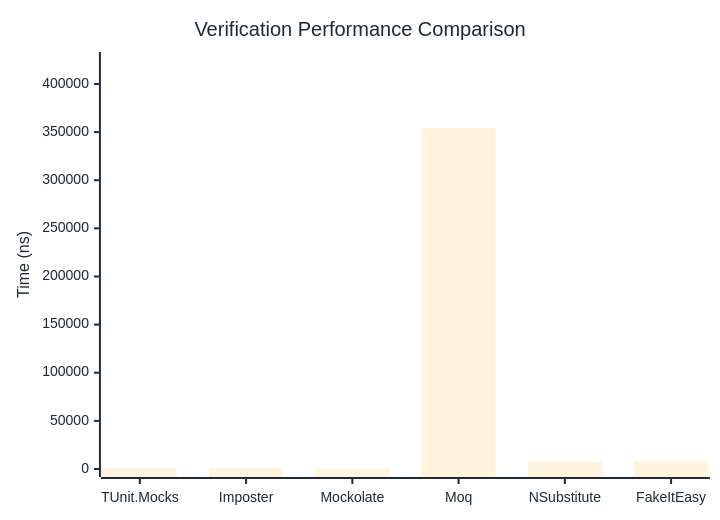
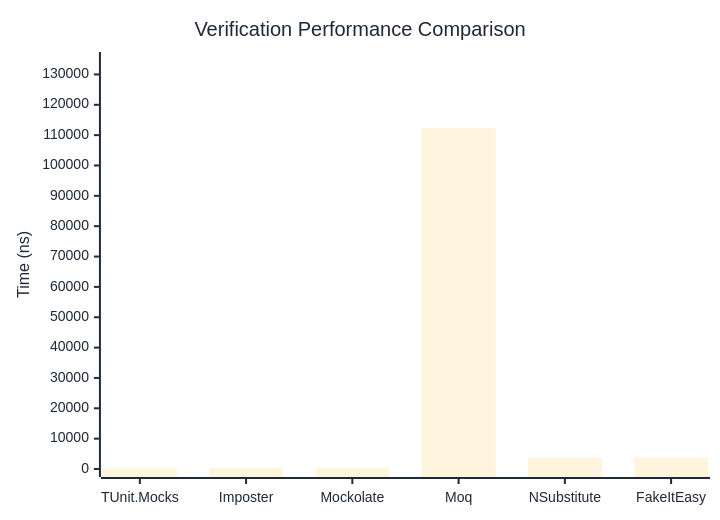
One commit to thomhurst/TUnit changed the first of 3 diagrams in docs/docs/benchmarks/mocks/Verification.md. Above: the diagram before and after it, drawn with Mermaid. The commit also changed other lines of this file and 14 other files, not shown here.

````diff
--- a/docs/docs/benchmarks/mocks/Verification.md
+++ b/docs/docs/benchmarks/mocks/Verification.md
@@ -30,27 +30,27 @@
 ```mermaid
 %%{init: {
   'theme':'base',
   'themeVariables': {
     'primaryColor': '#2563eb',
     'primaryTextColor': '#1f2937',
     'primaryBorderColor': '#1e40af',
     'lineColor': '#6b7280',
     'secondaryColor': '#7c3aed',
     'tertiaryColor': '#dc2626',
     'background': '#ffffff',
     'pie1': '#2563eb',
     'pie2': '#7c3aed',
     'pie3': '#dc2626',
     'pie4': '#f59e0b',
     'pie5': '#10b981',
     'pie6': '#06b6d4',
     'pie7': '#ec4899',
     'pie8': '#6366f1'
   }
 }}%%
 xychart-beta
   title "Verification Performance Comparison"
   x-axis ["TUnit.Mocks", "Imposter", "Mockolate", "Moq", "NSubstitute", "FakeItEasy"]
-  y-axis "Time (ns)" 0 --> 424897
-  bar [784.51, 713.79, 455.47, 354080.47, 7492.8, 7803.13]
+  y-axis "Time (ns)" 0 --> 134756
+  bar [484.61, 418.23, 274.48, 112296.19, 3737.67, 3979.71]
 ```
````
